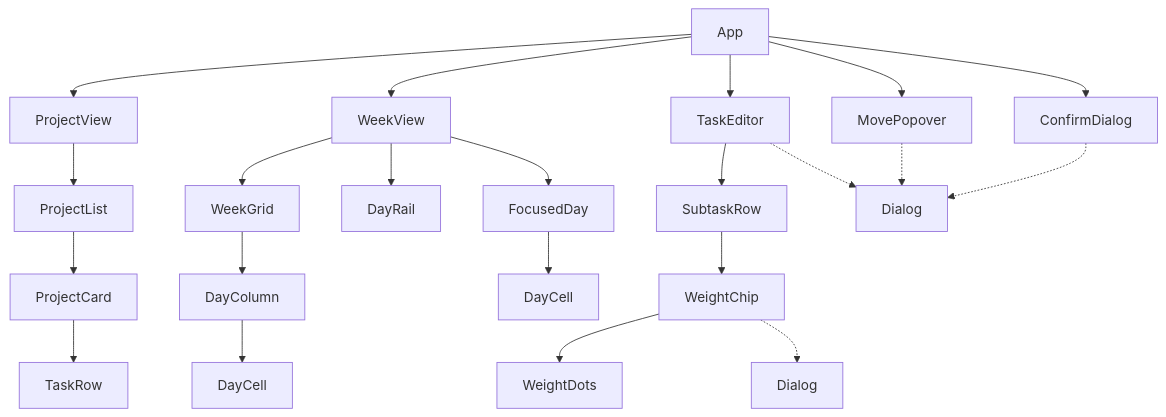
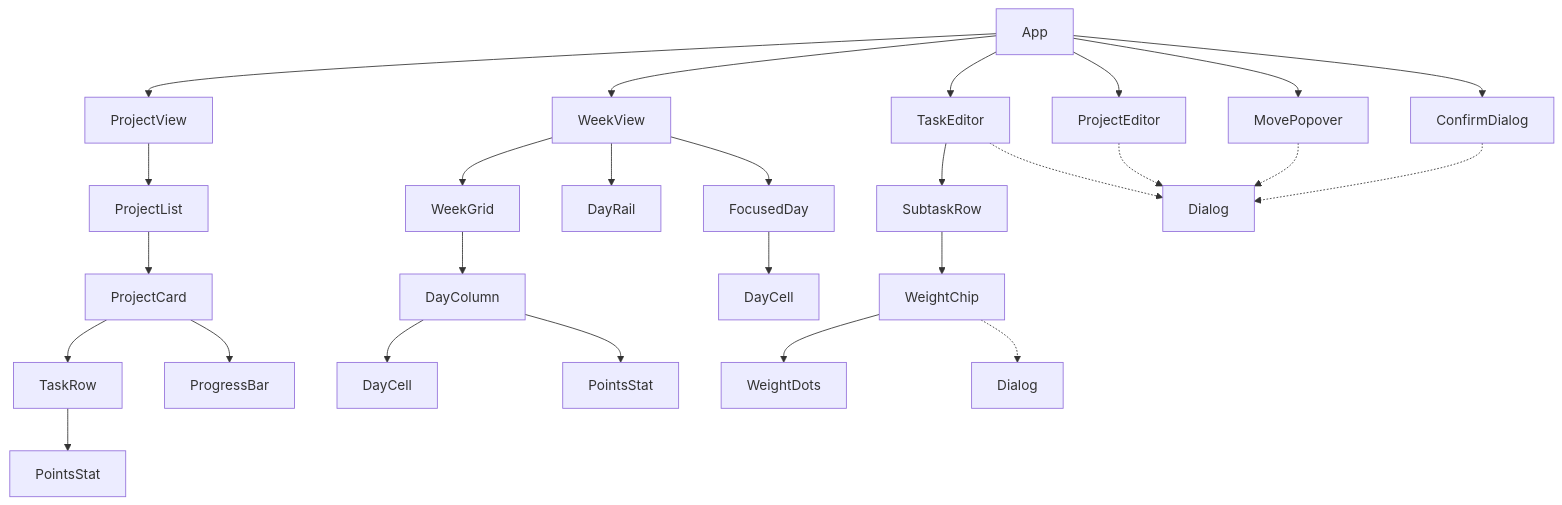
The diagram in docs/architecture.md (duongvu2005/beaverplans), drawn with Mermaid before and after one commit. The commit also changed other lines of this file and 3 other files, not shown here.

````diff
--- a/docs/architecture.md
+++ b/docs/architecture.md
@@ -98,15 +114,20 @@
 ```mermaid
 flowchart TD
     App --> ProjectView --> ProjectList --> ProjectCard --> TaskRow
+    ProjectCard --> ProgressBar1["ProgressBar"]
+    TaskRow --> PointsStat1["PointsStat"]
     App --> WeekView
     WeekView --> WeekGrid --> DayColumn --> DayCell
+    DayColumn --> PointsStat2["PointsStat"]
     WeekView --> DayRail
     WeekView --> FocusedDay --> DayCell2["DayCell"]
     App --> TaskEditor --> SubtaskRow --> WeightChip --> WeightDots
+    App --> ProjectEditor
     App --> MovePopover
     App --> ConfirmDialog
     TaskEditor -.-> Dialog
+    ProjectEditor -.-> Dialog
     MovePopover -.-> Dialog
     ConfirmDialog -.-> Dialog
     WeightChip -.-> Dialog2["Dialog"]
 ```
````
